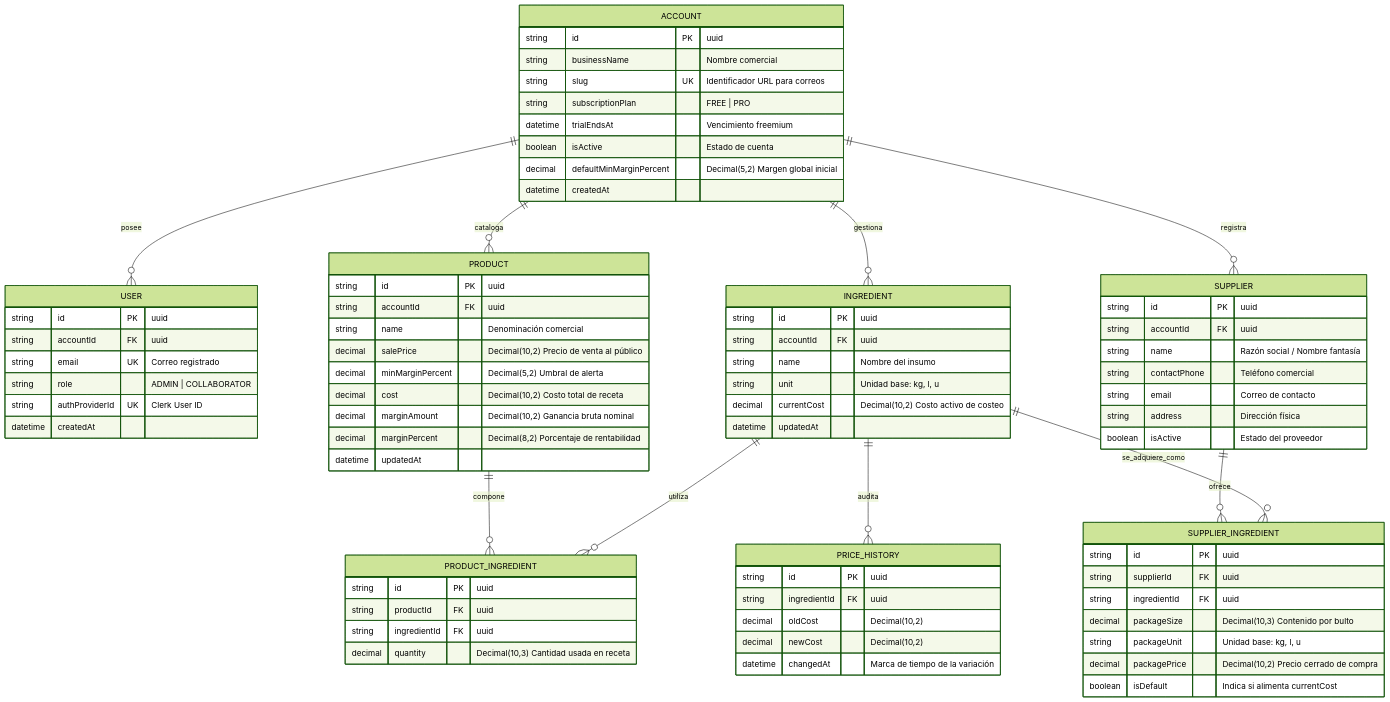
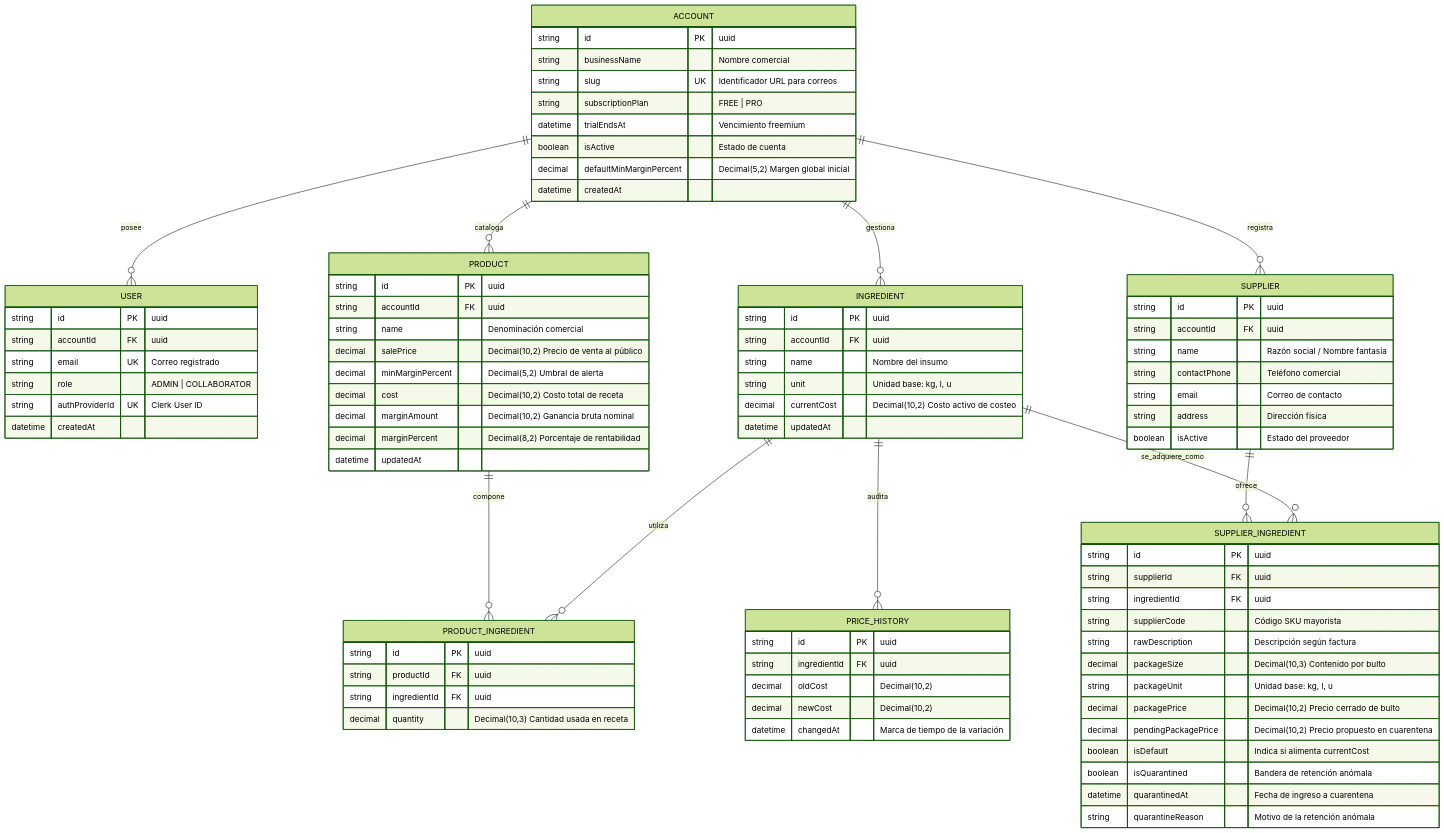
Before and after one commit to dgimenezdeveloper/margenx: the first of 3 diagrams in docs/Arquitectura-Software-(SAD).md, drawn with Mermaid (forest theme). The commit also changed other lines of this file, not shown here.

```diff
--- a/docs/Arquitectura-Software-(SAD).md
+++ b/docs/Arquitectura-Software-(SAD).md
@@ -175,10 +175,16 @@
         string id PK "uuid"
         string supplierId FK "uuid"
         string ingredientId FK "uuid"
+        string supplierCode "Código SKU mayorista"
+        string rawDescription "Descripción según factura"
         decimal packageSize "Decimal(10,3) Contenido por bulto"
         string packageUnit "Unidad base: kg, l, u"
-        decimal packagePrice "Decimal(10,2) Precio cerrado de compra"
+        decimal packagePrice "Decimal(10,2) Precio cerrado de bulto"
+        decimal pendingPackagePrice "Decimal(10,2) Precio propuesto en cuarentena"
         boolean isDefault "Indica si alimenta currentCost"
+        boolean isQuarantined "Bandera de retención anómala"
+        datetime quarantinedAt "Fecha de ingreso a cuarentena"
+        string quarantineReason "Motivo de la retención anómala"
     }
 
     PRICE_HISTORY {
```
